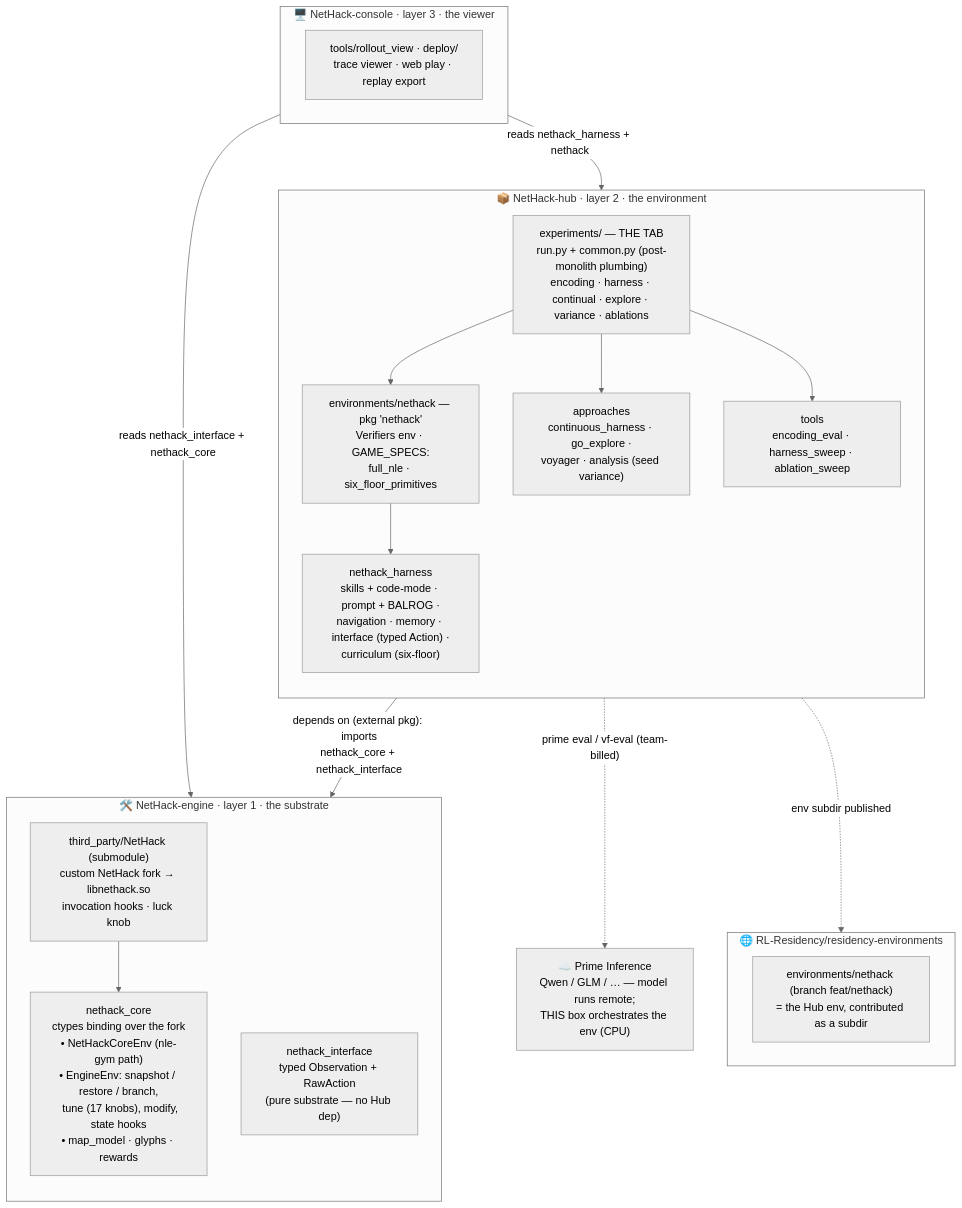
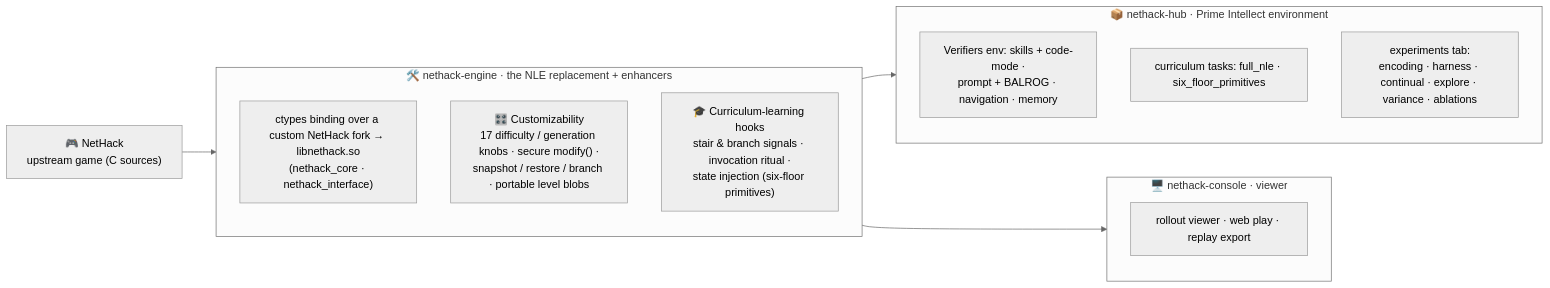
Before and after one commit to liujonathan24/NetHack-hub: the diagram in docs/ARCHITECTURE.md, drawn with Mermaid (neutral theme). The commit also changed other lines of this file, not shown here.

Commit message:
docs: simplify ARCHITECTURE diagram to the 3-part flow
NetHack -> nethack-engine (the NLE replacement + enhancers: customizability
knobs + curriculum-learning hooks) -> {nethack-hub (Prime Intellect env),
nethack-console (viewer)}. Left-to-right flow. Drop the separate residency box
(hub == the Prime Intellect environment) and the model/inference box.

````diff
--- a/docs/ARCHITECTURE.md
+++ b/docs/ARCHITECTURE.md
@@ -10,39 +7,26 @@
 ```mermaid
-graph TB
-  subgraph ENGINE["🛠️ NetHack-engine · layer 1 · the substrate"]
+graph LR
+  NH["🎮 NetHack<br/>upstream game (C sources)"]
+
+  subgraph ENGINE["🛠️ nethack-engine · the NLE replacement + enhancers"]
     direction TB
-    FORK["third_party/NetHack (submodule)<br/>custom NetHack fork → libnethack.so<br/>invocation hooks · luck knob"]
-    NC["nethack_core<br/>ctypes binding over the fork<br/>• NetHackCoreEnv (nle-gym path)<br/>• EngineEnv: snapshot / restore / branch,<br/>&nbsp;&nbsp;tune (17 knobs), modify, state hooks<br/>• map_model · glyphs · rewards"]
-    NI["nethack_interface<br/>typed Observation + RawAction<br/>(pure substrate — no Hub dep)"]
-    FORK --> NC
+    CORE["ctypes binding over a custom NetHack fork → libnethack.so<br/>(nethack_core · nethack_interface)"]
+    CUST["🎛️ Customizability<br/>17 difficulty / generation knobs · secure modify() ·<br/>snapshot / restore / branch · portable level blobs"]
+    CURR["🎓 Curriculum-learning hooks<br/>stair &amp; branch signals · invocation ritual ·<br/>state injection (six-floor primitives)"]
   end
 
-  subgraph HUB["📦 NetHack-hub · layer 2 · the environment"]
+  subgraph HUB["📦 nethack-hub · Prime Intellect environment"]
     direction TB
-    ENV["environments/nethack — pkg 'nethack'<br/>Verifiers env · GAME_SPECS:<br/>full_nle · six_floor_primitives"]
-    HARN["nethack_harness<br/>skills + code-mode · prompt + BALROG ·<br/>navigation · memory · interface (typed Action) ·<br/>curriculum (six-floor)"]
-    APPR["approaches<br/>continuous_harness · go_explore ·<br/>voyager · analysis (seed variance)"]
-    TOOLS["tools<br/>encoding_eval · harness_sweep · ablation_sweep"]
-    TAB["experiments/ — THE TAB<br/>run.py + common.py (post-monolith plumbing)<br/>encoding · harness · continual · explore · variance · ablations"]
-    ENV --> HARN
-    TAB --> APPR
-    TAB --> TOOLS
-    TAB --> ENV
+    ENVH["Verifiers env: skills + code-mode ·<br/>prompt + BALROG · navigation · memory"]
+    TASKS["curriculum tasks: full_nle · six_floor_primitives"]
+    EXP["experiments tab:<br/>encoding · harness · continual · explore · variance · ablations"]
   end
 
-  subgraph CONSOLE["🖥️ NetHack-console · layer 3 · the viewer"]
-    RV["tools/rollout_view · deploy/<br/>trace viewer · web play · replay export"]
+  subgraph CONSOLE["🖥️ nethack-console · viewer"]
+    RV["rollout viewer · web play · replay export"]
   end
 
-  subgraph RES["🌐 RL-Residency/residency-environments"]
-    REP["environments/nethack (branch feat/nethack)<br/>= the Hub env, contributed as a subdir"]
-  end
-
-  PRIME["☁️ Prime Inference<br/>Qwen / GLM / … — model runs remote;<br/>THIS box orchestrates the env (CPU)"]
-
-  HUB -->|"depends on (external pkg): imports<br/>nethack_core + nethack_interface"| ENGINE
-  CONSOLE -->|reads nethack_interface + nethack_core| ENGINE
-  CONSOLE -->|reads nethack_harness + nethack| HUB
-  HUB -.->|env subdir published| RES
-  TAB -.->|"prime eval / vf-eval (team-billed)"| PRIME
+  NH --> ENGINE
+  ENGINE --> HUB
+  ENGINE --> CONSOLE
 ```
````
